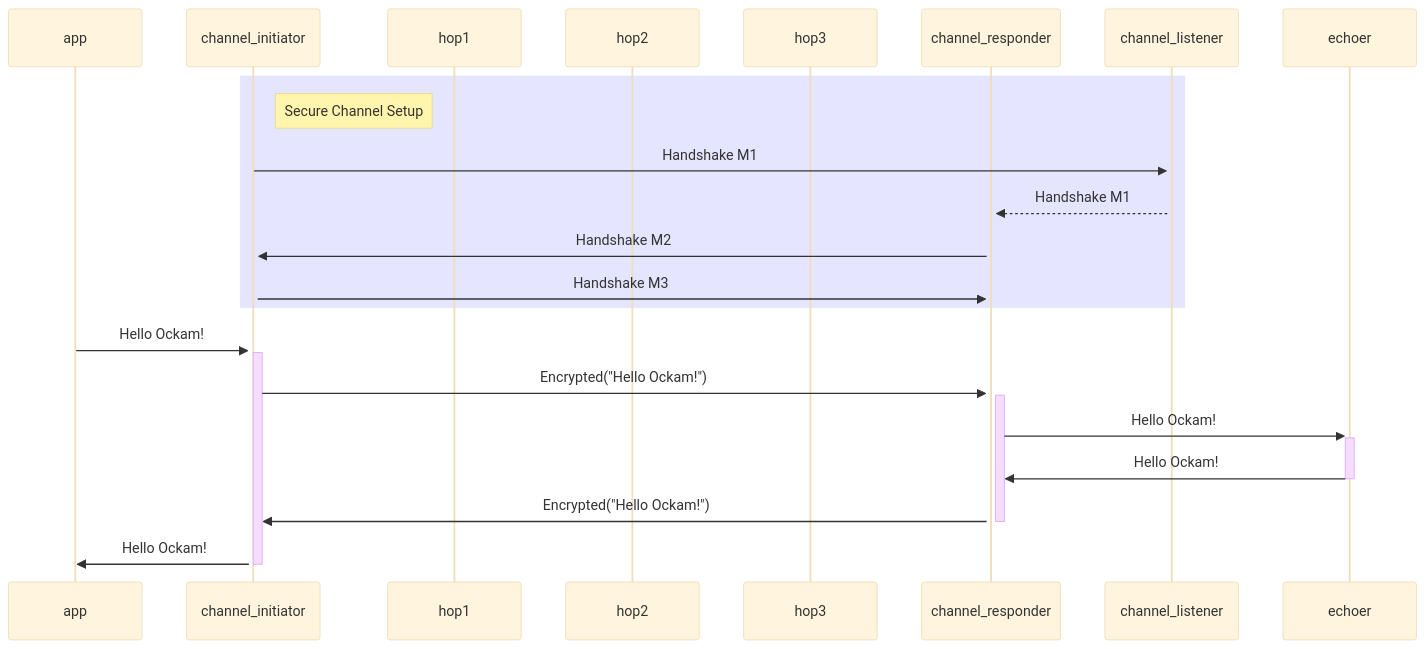
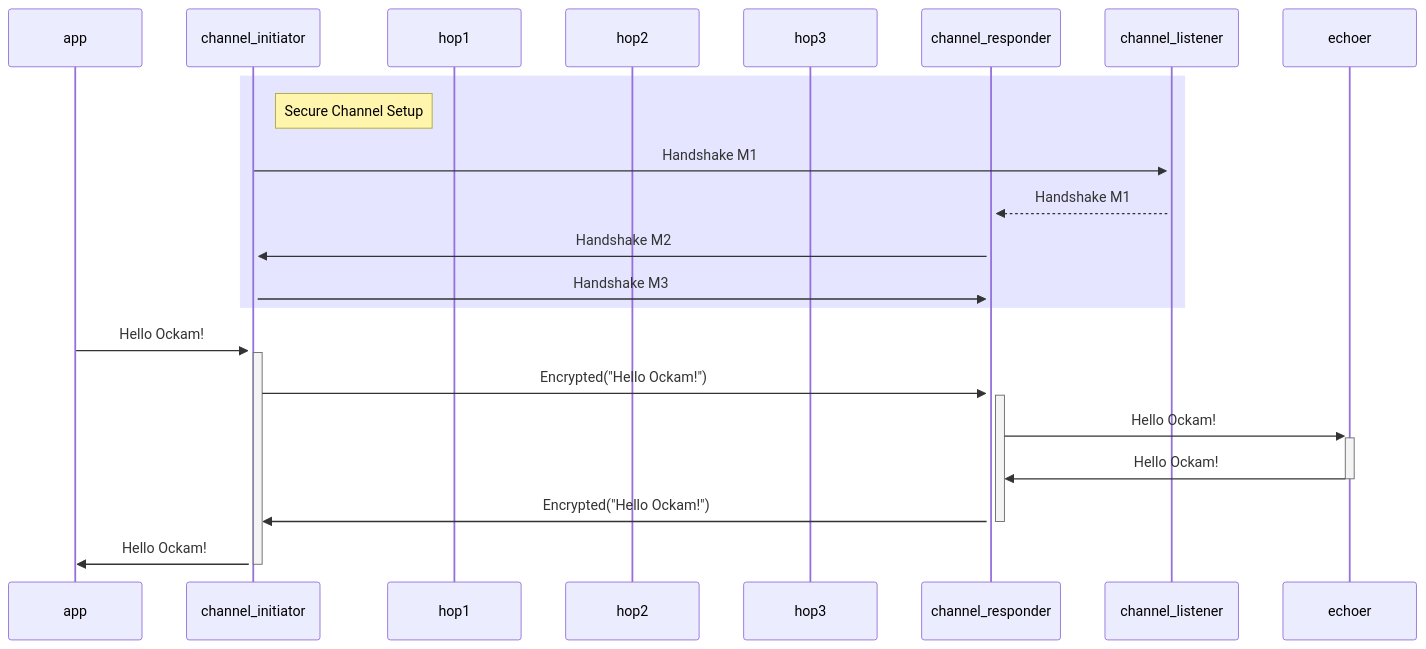
The diagram in documentation/guides/rust/get-started/06-secure-channel-many-hops/sequence.mmd (build-trust/ockam), drawn with Mermaid before and after one commit. The commit also changed 26 other files, not shown here.

Commit message:
docs: improve diagrams in rust get started guide

```diff
--- a/documentation/guides/rust/get-started/06-secure-channel-many-hops/sequence.mmd
+++ b/documentation/guides/rust/get-started/06-secure-channel-many-hops/sequence.mmd
@@ -1,25 +1,24 @@
-%%{init: {'securityLevel': 'loose', 'theme':'base'}}%%
-  sequenceDiagram
-    participant app
-    participant channel_initiator
-    participant hop1
-    participant hop2
-    participant hop3
-    participant channel_responder
-    participant channel_listener
-    participant echoer
+sequenceDiagram
+  participant app
+  participant channel_initiator
+  participant hop1
+  participant hop2
+  participant hop3
+  participant channel_responder
+  participant channel_listener
+  participant echoer
 
-    rect rgba(0, 0, 255, .1)
-      Note right of channel_initiator: Secure Channel Setup
-      channel_initiator->>+channel_listener: Handshake M1
-      channel_listener-->>+channel_responder: Handshake M1
-      channel_responder->>+channel_initiator: Handshake M2
-      channel_initiator->>+channel_responder: Handshake M3
-    end
+  rect rgba(0, 0, 255, .1)
+    Note right of channel_initiator: Secure Channel Setup
+    channel_initiator->>+channel_listener: Handshake M1
+    channel_listener-->>+channel_responder: Handshake M1
+    channel_responder->>+channel_initiator: Handshake M2
+    channel_initiator->>+channel_responder: Handshake M3
+  end
 
-    app->>+channel_initiator: Hello Ockam!
-    channel_initiator->>+channel_responder: Encrypted("Hello Ockam!")
-    channel_responder->>+echoer: Hello Ockam!
-    echoer->>-channel_responder: Hello Ockam!
-    channel_responder->>-channel_initiator: Encrypted("Hello Ockam!")
-    channel_initiator->>-app: Hello Ockam!
+  app->>+channel_initiator: Hello Ockam!
+  channel_initiator->>+channel_responder: Encrypted("Hello Ockam!")
+  channel_responder->>+echoer: Hello Ockam!
+  echoer->>-channel_responder: Hello Ockam!
+  channel_responder->>-channel_initiator: Encrypted("Hello Ockam!")
+  channel_initiator->>-app: Hello Ockam!
```
